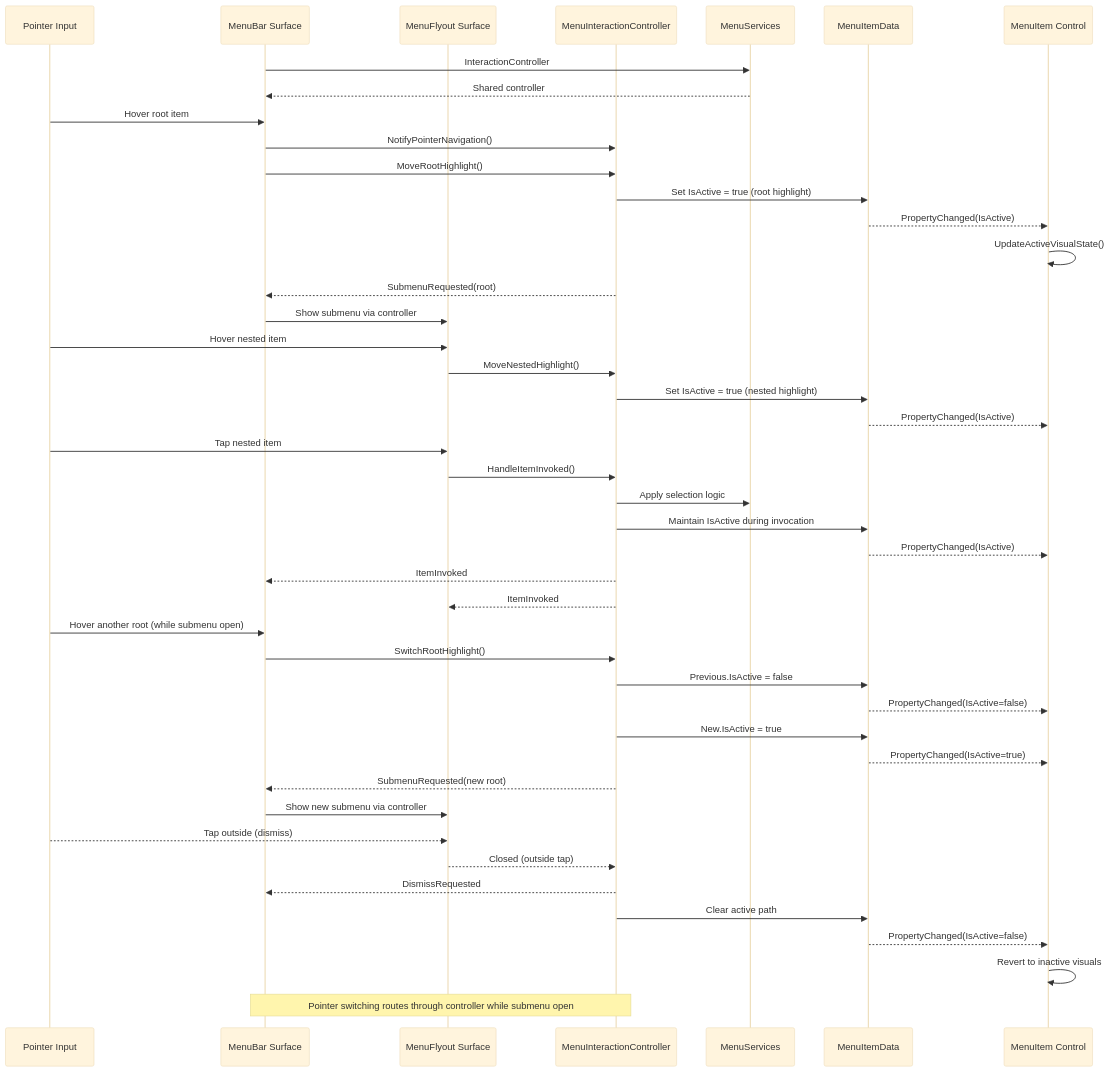
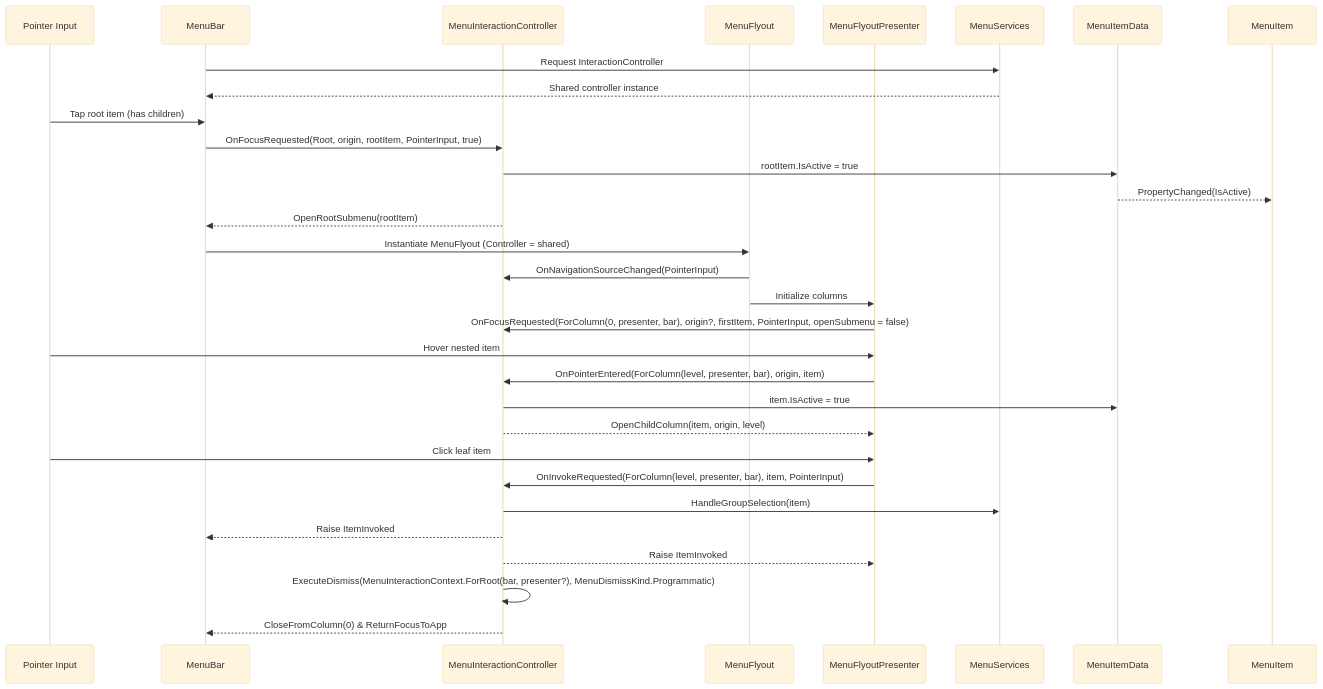
The first of 3 diagrams in projects/Controls/Menus/refactor.md (abdes/DroidNet), drawn with Mermaid (base theme) before and after one commit. The commit also changed other lines of this file and 33 other files, not shown here.

First line of the commit message:
feat(menus): menu interaction enhancements and new features

````diff
--- a/projects/Controls/Menus/refactor.md
+++ b/projects/Controls/Menus/refactor.md
@@ -33,50 +78,34 @@
 ```mermaid
 sequenceDiagram
   participant Pointer as Pointer Input
-  participant Bar as MenuBar Surface
-  participant Flyout as MenuFlyout Surface
+  participant Bar as MenuBar
   participant Controller as MenuInteractionController
+  participant Flyout as MenuFlyout
+  participant Presenter as MenuFlyoutPresenter
   participant Services as MenuServices
   participant Data as MenuItemData
-  participant Control as MenuItem Control
+  participant Item as MenuItem
 
-  Bar->>Services: InteractionController
-  Services-->>Bar: Shared controller
-  Pointer->>Bar: Hover root item
-  Bar->>Controller: NotifyPointerNavigation()
-  Bar->>Controller: MoveRootHighlight()
-  Controller->>Data: Set IsActive = true (root highlight)
-  Data-->>Control: PropertyChanged(IsActive)
-  Control->>Control: UpdateActiveVisualState()
-  Controller-->>Bar: SubmenuRequested(root)
-  Bar->>Flyout: Show submenu via controller
-  Pointer->>Flyout: Hover nested item
-  Flyout->>Controller: MoveNestedHighlight()
-  Controller->>Data: Set IsActive = true (nested highlight)
-  Data-->>Control: PropertyChanged(IsActive)
-  Pointer->>Flyout: Tap nested item
-  Flyout->>Controller: HandleItemInvoked()
-  Controller->>Services: Apply selection logic
-  Controller->>Data: Maintain IsActive during invocation
-  Data-->>Control: PropertyChanged(IsActive)
-  Controller-->>Bar: ItemInvoked
-  Controller-->>Flyout: ItemInvoked
-
-  Pointer->>Bar: Hover another root (while submenu open)
-  Bar->>Controller: SwitchRootHighlight()
-  Controller->>Data: Previous.IsActive = false
-  Data-->>Control: PropertyChanged(IsActive=false)
-  Controller->>Data: New.IsActive = true
-  Data-->>Control: PropertyChanged(IsActive=true)
-  Controller-->>Bar: SubmenuRequested(new root)
-  Bar->>Flyout: Show new submenu via controller
-
-  Pointer-->>Flyout: Tap outside (dismiss)
-  Flyout-->>Controller: Closed (outside tap)
-  Controller-->>Bar: DismissRequested
-  Controller->>Data: Clear active path
-  Data-->>Control: PropertyChanged(IsActive=false)
-  Control->>Control: Revert to inactive visuals
-
-  Note over Bar,Controller: Pointer switching routes through controller while submenu open
+  Bar->>Services: Request InteractionController
+  Services-->>Bar: Shared controller instance
+  Pointer->>Bar: Tap root item (has children)
+  Bar->>Controller: OnFocusRequested(Root, origin, rootItem, PointerInput, true)
+  Controller->>Data: rootItem.IsActive = true
+  Data-->>Item: PropertyChanged(IsActive)
+  Controller-->>Bar: OpenRootSubmenu(rootItem)
+  Bar->>Flyout: Instantiate MenuFlyout (Controller = shared)
+  Flyout->>Controller: OnNavigationSourceChanged(PointerInput)
+  Flyout->>Presenter: Initialize columns
+  Presenter->>Controller: OnFocusRequested(ForColumn(0, presenter, bar), origin?, firstItem, PointerInput, openSubmenu = false)
+  Pointer->>Presenter: Hover nested item
+  Presenter->>Controller: OnPointerEntered(ForColumn(level, presenter, bar), origin, item)
+  Controller->>Data: item.IsActive = true
+  Controller-->>Presenter: OpenChildColumn(item, origin, level)
+  Pointer->>Presenter: Click leaf item
+  Presenter->>Controller: OnInvokeRequested(ForColumn(level, presenter, bar), item, PointerInput)
+  Controller->>Services: HandleGroupSelection(item)
+  Controller-->>Bar: Raise ItemInvoked
+  Controller-->>Presenter: Raise ItemInvoked
+  Controller->>Controller: ExecuteDismiss(MenuInteractionContext.ForRoot(bar, presenter?), MenuDismissKind.Programmatic)
+  Controller-->>Bar: CloseFromColumn(0) & ReturnFocusToApp
 ```
````
